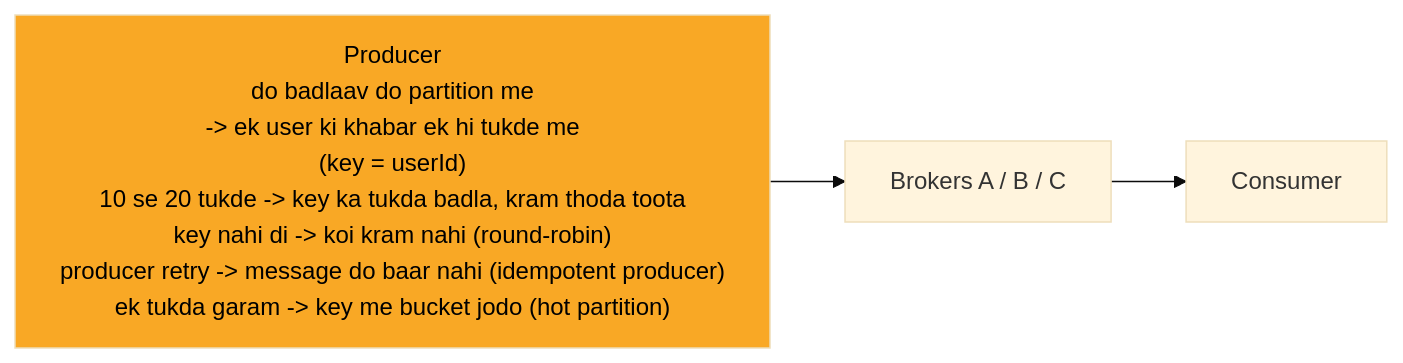
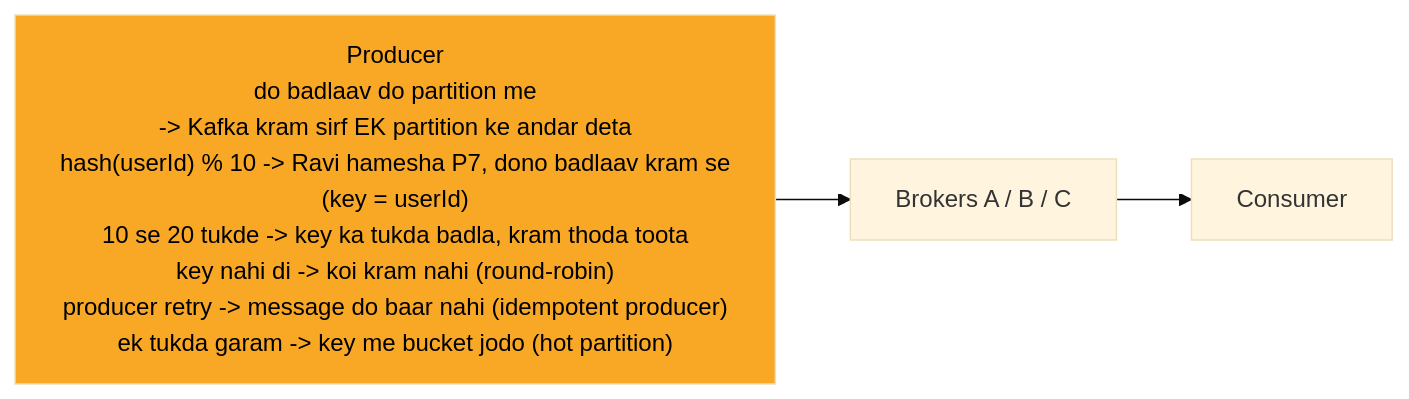
One commit to ArpanMaheshwari144/Prep changed the fourth of 12 diagrams in 04_HLD/SYSTEM_DESIGNS/12_message_queue_kafka/12_message_queue_kafka.md. Above: the diagram before and after it, drawn with Mermaid (base theme). The commit also changed other lines of this file and 13 other files, not shown here.

````diff
--- a/04_HLD/SYSTEM_DESIGNS/12_message_queue_kafka/12_message_queue_kafka.md
+++ b/04_HLD/SYSTEM_DESIGNS/12_message_queue_kafka/12_message_queue_kafka.md
@@ -149,10 +153,10 @@
 ```mermaid
 %%{init: {"flowchart": {"wrappingWidth": 450}}}%%
 flowchart LR
-    n_P["Producer<br/>do badlaav do partition me<br/>-> ek user ki khabar ek hi tukde me<br/>(key = userId)<br/>10 se 20 tukde -> key ka tukda badla, kram thoda toota<br/>key nahi di -> koi kram nahi (round-robin)<br/>producer retry -> message do baar nahi (idempotent producer)<br/>ek tukda garam -> key me bucket jodo (hot partition)"]
+    n_P["Producer<br/>do badlaav do partition me<br/>-> Kafka kram sirf EK partition ke andar deta<br/>hash(userId) % 10 -> Ravi hamesha P7, dono badlaav kram se<br/>(key = userId)<br/>10 se 20 tukde -> key ka tukda badla, kram thoda toota<br/>key nahi di -> koi kram nahi (round-robin)<br/>producer retry -> message do baar nahi (idempotent producer)<br/>ek tukda garam -> key me bucket jodo (hot partition)"]
     n_B["Brokers A / B / C"]
     n_C["Consumer"]
     n_P --> n_B
     n_B --> n_C
     style n_P fill:#f9a825,color:#000
 ```
````
